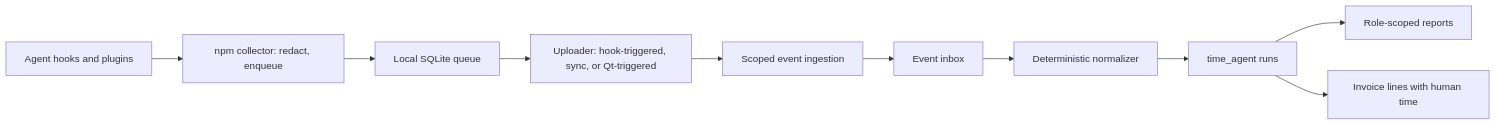
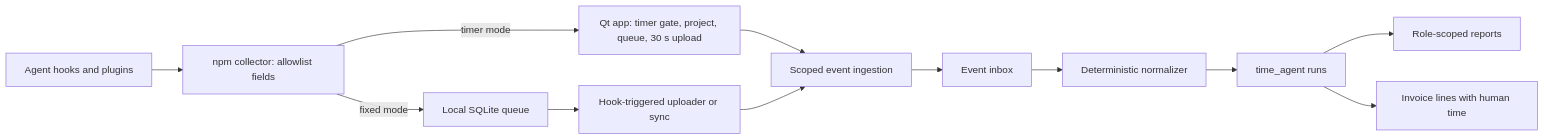
One commit to work-address/app changed the diagram in docs/agent-time-tracking.md. Above: the diagram before and after it, drawn with Mermaid. The commit also changed other lines of this file and 2 other files, not shown here.

First line of the commit message:
docs: revise agent collection, billing and rate rules

````diff
--- a/docs/agent-time-tracking.md
+++ b/docs/agent-time-tracking.md
@@ -187,12 +213,14 @@
 ```mermaid
 flowchart LR
-  H[Agent hooks and plugins] --> C[npm collector: redact, enqueue]
-  C --> Q[Local SQLite queue]
-  Q --> U[Uploader: hook-triggered, sync, or Qt-triggered]
-  U --> I[Scoped event ingestion]
+  H[Agent hooks and plugins] --> C[npm collector: allowlist fields]
+  C -->|timer mode| QT[Qt app: timer gate, project, queue, 30 s upload]
+  C -->|fixed mode| Q[Local SQLite queue]
+  Q --> U[Hook-triggered uploader or sync]
+  QT --> I[Scoped event ingestion]
+  U --> I
   I --> E[Event inbox]
   E --> N[Deterministic normalizer]
   N --> T[time_agent runs]
   T --> R[Role-scoped reports]
   T --> V[Invoice lines with human time]
 ```
````
